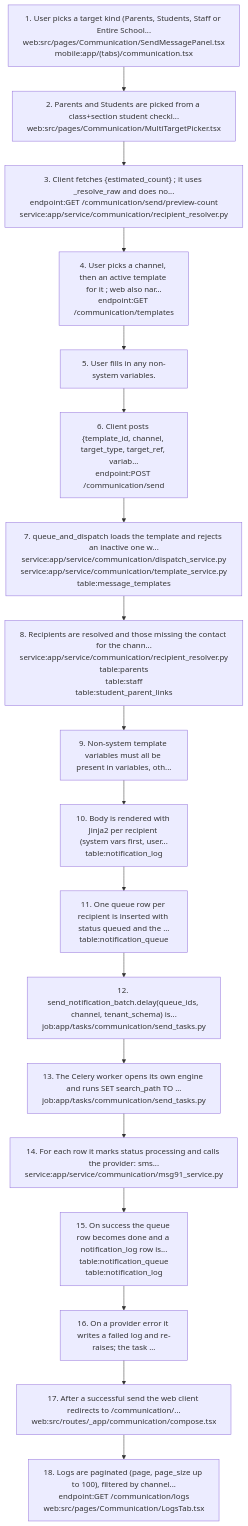
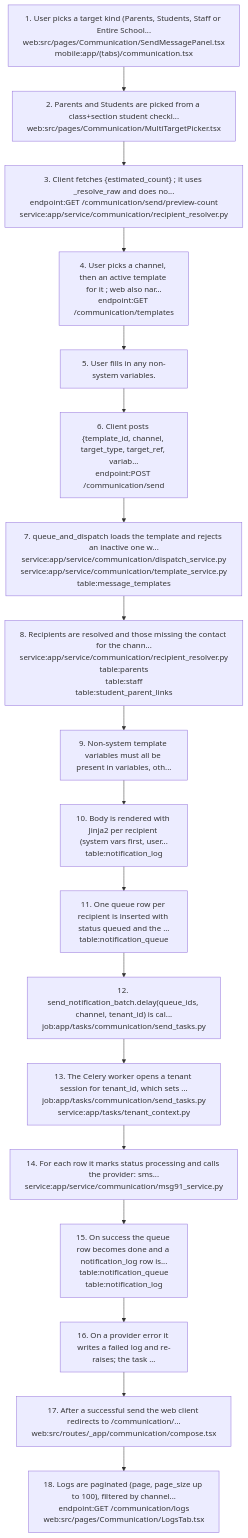
Before and after one commit to nerellasraj21/cos360_full_app: the second of 8 diagrams in docs/graph/views/communication.md, drawn with Mermaid. The commit also changed other lines of this file and 96 other files, not shown here.

First line of the commit message:
Convert Celery tasks and remaining per-schema code to tenant ids

````diff
--- a/docs/graph/views/communication.md
+++ b/docs/graph/views/communication.md
@@ -196,38 +197,38 @@
 ```mermaid
 flowchart TD
   s1["1. User picks a target kind (Parents, Students, Staff or Entire School...<br/>web:src/pages/Communication/SendMessagePanel.tsx<br/>mobile:app/(tabs)/communication.tsx"]
   s2["2. Parents and Students are picked from a class+section student checkl...<br/>web:src/pages/Communication/MultiTargetPicker.tsx"]
   s1 --> s2
   s3["3. Client fetches {estimated_count} ; it uses _resolve_raw and does no...<br/>endpoint:GET /communication/send/preview-count<br/>service:app/service/communication/recipient_resolver.py"]
   s2 --> s3
   s4["4. User picks a channel, then an active template for it ; web also nar...<br/>endpoint:GET /communication/templates"]
   s3 --> s4
   s5["5. User fills in any non-system variables."]
   s4 --> s5
   s6["6. Client posts {template_id, channel, target_type, target_ref, variab...<br/>endpoint:POST /communication/send"]
   s5 --> s6
   s7["7. queue_and_dispatch loads the template and rejects an inactive one w...<br/>service:app/service/communication/dispatch_service.py<br/>service:app/service/communication/template_service.py<br/>table:message_templates"]
   s6 --> s7
   s8["8. Recipients are resolved and those missing the contact for the chann...<br/>service:app/service/communication/recipient_resolver.py<br/>table:parents<br/>table:staff<br/>table:student_parent_links"]
   s7 --> s8
   s9["9. Non-system template variables must all be present in variables, oth..."]
   s8 --> s9
   s10["10. Body is rendered with Jinja2 per recipient (system vars first, user...<br/>table:notification_log"]
   s9 --> s10
   s11["11. One queue row per recipient is inserted with status queued and the ...<br/>table:notification_queue"]
   s10 --> s11
-  s12["12. send_notification_batch.delay(queue_ids, channel, tenant_schema) is...<br/>job:app/tasks/communication/send_tasks.py"]
+  s12["12. send_notification_batch.delay(queue_ids, channel, tenant_id) is cal...<br/>job:app/tasks/communication/send_tasks.py"]
   s11 --> s12
-  s13["13. The Celery worker opens its own engine and runs SET search_path TO ...<br/>job:app/tasks/communication/send_tasks.py"]
+  s13["13. The Celery worker opens a tenant session for tenant_id, which sets ...<br/>job:app/tasks/communication/send_tasks.py<br/>service:app/tasks/tenant_context.py"]
   s12 --> s13
   s14["14. For each row it marks status processing and calls the provider: sms...<br/>service:app/service/communication/msg91_service.py"]
   s13 --> s14
   s15["15. On success the queue row becomes done and a notification_log row is...<br/>table:notification_queue<br/>table:notification_log"]
   s14 --> s15
   s16["16. On a provider error it writes a failed log and re-raises; the task ..."]
   s15 --> s16
   s17["17. After a successful send the web client redirects to /communication/...<br/>web:src/routes/_app/communication/compose.tsx"]
   s16 --> s17
   s18["18. Logs are paginated (page, page_size up to 100), filtered by channel...<br/>endpoint:GET /communication/logs<br/>web:src/pages/Communication/LogsTab.tsx"]
   s17 --> s18
 ```
````
